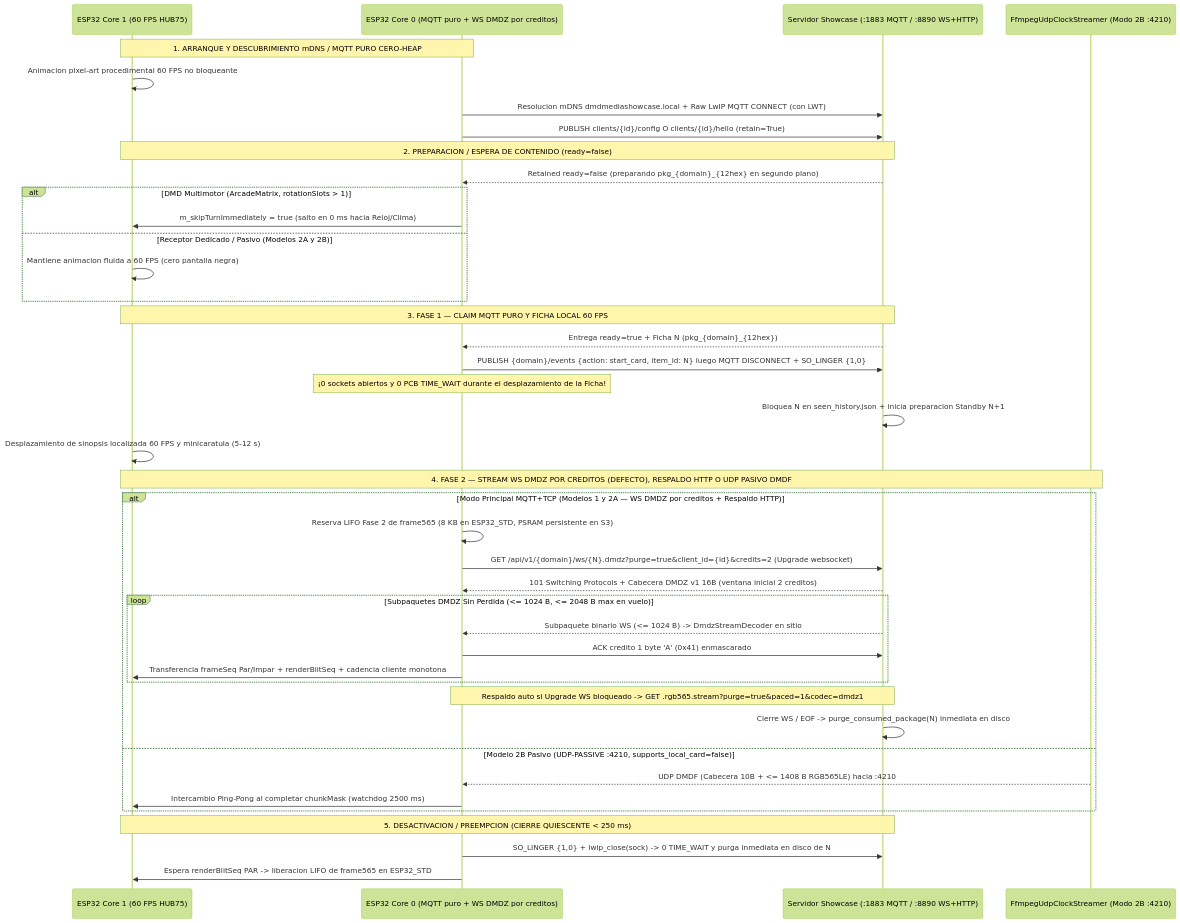
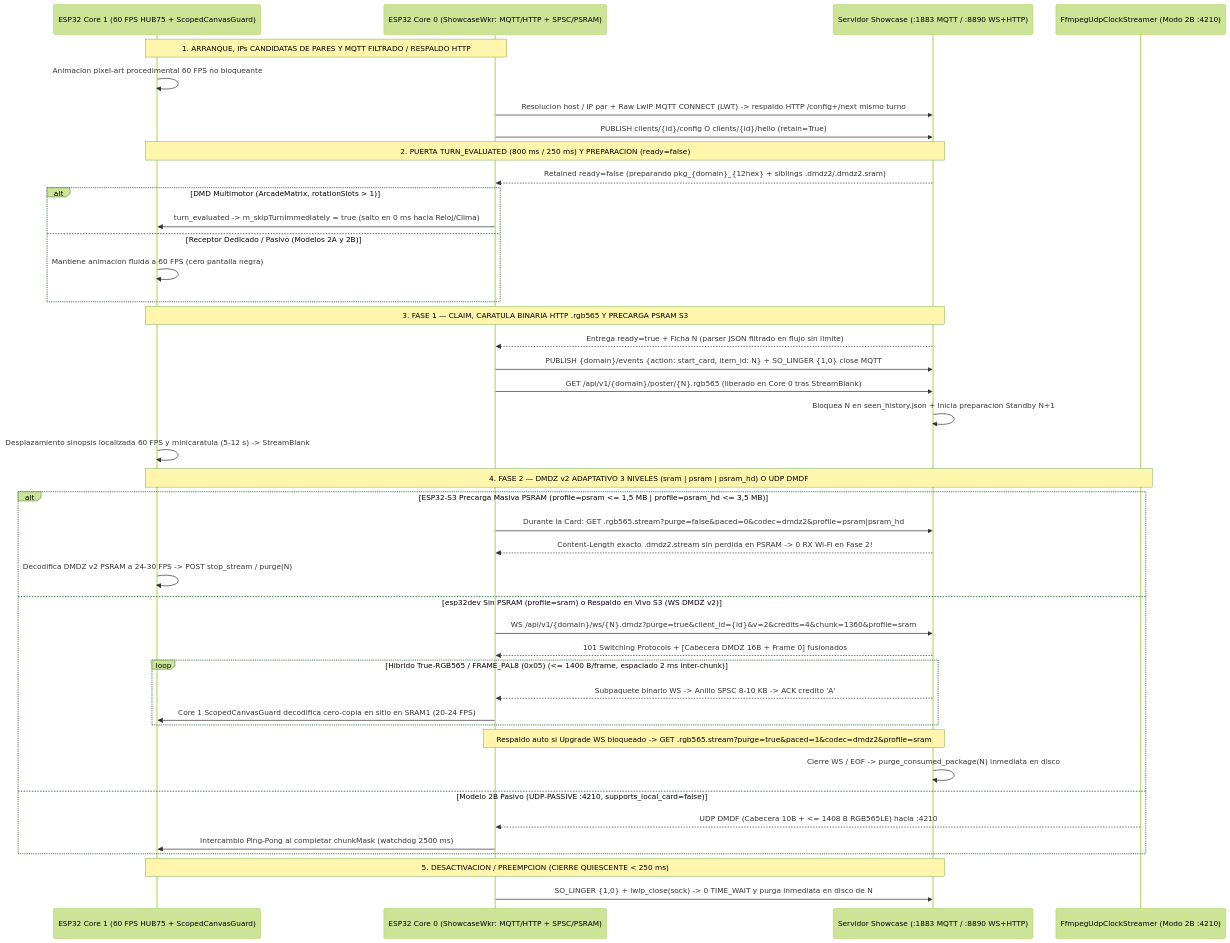
The first of 2 diagrams in docs/ESP32_INTEGRATION_ES.md (red77290/dmd_media_showcase), drawn with Mermaid (forest theme) before and after one commit. The commit also changed other lines of this file and 28 other files, not shown here.

Commit message:
feat(stream): add 3-tier sram/psram/psram_hd profiles, FRAME_PAL8 (0x05) hybrid codec, and WS header coalescing

````diff
--- a/docs/ESP32_INTEGRATION_ES.md
+++ b/docs/ESP32_INTEGRATION_ES.md
@@ -146,48 +155,49 @@
 ```mermaid
 sequenceDiagram
-    participant C1 as ESP32 Core 1 (60 FPS HUB75)
-    participant C0 as ESP32 Core 0 (MQTT puro + WS DMDZ por creditos)
+    participant C1 as ESP32 Core 1 (60 FPS HUB75 + ScopedCanvasGuard)
+    participant C0 as ESP32 Core 0 (ShowcaseWkr: MQTT/HTTP + SPSC/PSRAM)
     participant SRV as Servidor Showcase (:1883 MQTT / :8890 WS+HTTP)
     participant UDP as FfmpegUdpClockStreamer (Modo 2B :4210)
 
-    Note over C1,C0: 1. ARRANQUE Y DESCUBRIMIENTO mDNS / MQTT PURO CERO-HEAP
+    Note over C1,C0: 1. ARRANQUE, IPs CANDIDATAS DE PARES Y MQTT FILTRADO / RESPALDO HTTP
     C1->>C1: Animacion pixel-art procedimental 60 FPS no bloqueante
-    C0->>SRV: Resolucion mDNS dmdmediashowcase.local + Raw LwIP MQTT CONNECT (con LWT)
+    C0->>SRV: Resolucion host / IP par + Raw LwIP MQTT CONNECT (LWT) -> respaldo HTTP /config+/next mismo turno
     C0->>SRV: PUBLISH clients/{id}/config O clients/{id}/hello (retain=True)
 
-    Note over C1,SRV: 2. PREPARACION / ESPERA DE CONTENIDO (ready=false)
-    SRV-->>C0: Retained ready=false (preparando pkg_{domain}_{12hex} en segundo plano)
+    Note over C1,SRV: 2. PUERTA TURN_EVALUATED (800 ms / 250 ms) Y PREPARACION (ready=false)
+    SRV-->>C0: Retained ready=false (preparando pkg_{domain}_{12hex} + siblings .dmdz2/.dmdz2.sram)
     alt DMD Multimotor (ArcadeMatrix, rotationSlots > 1)
-        C0->>C1: m_skipTurnImmediately = true (salto en 0 ms hacia Reloj/Clima)
+        C0->>C1: turn_evaluated -> m_skipTurnImmediately = true (salto en 0 ms hacia Reloj/Clima)
     else Receptor Dedicado / Pasivo (Modelos 2A y 2B)
         C1->>C1: Mantiene animacion fluida a 60 FPS (cero pantalla negra)
     end
 
-    Note over C1,SRV: 3. FASE 1 — CLAIM MQTT PURO Y FICHA LOCAL 60 FPS
-    SRV-->>C0: Entrega ready=true + Ficha N (pkg_{domain}_{12hex})
-    C0->>SRV: PUBLISH {domain}/events {action: start_card, item_id: N} luego MQTT DISCONNECT + SO_LINGER {1,0}
-    Note over C0: ¡0 sockets abiertos y 0 PCB TIME_WAIT durante el desplazamiento de la Ficha!
+    Note over C1,SRV: 3. FASE 1 — CLAIM, CARATULA BINARIA HTTP .rgb565 Y PRECARGA PSRAM S3
+    SRV-->>C0: Entrega ready=true + Ficha N (parser JSON filtrado en flujo sin limite)
+    C0->>SRV: PUBLISH {domain}/events {action: start_card, item_id: N} + SO_LINGER {1,0} close MQTT
+    C0->>SRV: GET /api/v1/{domain}/poster/{N}.rgb565 (liberado en Core 0 tras StreamBlank)
     SRV->>SRV: Bloquea N en seen_history.json + inicia preparacion Standby N+1
-    C1->>C1: Desplazamiento de sinopsis localizada 60 FPS y minicaratula (5-12 s)
+    C1->>C1: Desplazamiento sinopsis localizada 60 FPS y minicaratula (5-12 s) -> StreamBlank
 
-    Note over C1,UDP: 4. FASE 2 — STREAM WS DMDZ POR CREDITOS (DEFECTO), RESPALDO HTTP O UDP PASIVO DMDF
-    alt Modo Principal MQTT+TCP (Modelos 1 y 2A — WS DMDZ por creditos + Respaldo HTTP)
-        C0->>C0: Reserva LIFO Fase 2 de frame565 (8 KB en ESP32_STD, PSRAM persistente en S3)
-        C0->>SRV: GET /api/v1/{domain}/ws/{N}.dmdz?purge=true&client_id={id}&credits=2 (Upgrade websocket)
-        SRV-->>C0: 101 Switching Protocols + Cabecera DMDZ v1 16B (ventana inicial 2 creditos)
-        loop Subpaquetes DMDZ Sin Perdida (<= 1024 B, <= 2048 B max en vuelo)
-            SRV-->>C0: Subpaquete binario WS (<= 1024 B) -> DmdzStreamDecoder en sitio
-            C0->>SRV: ACK credito 1 byte 'A' (0x41) enmascarado
-            C0->>C1: Transferencia frameSeq Par/Impar + renderBlitSeq + cadencia cliente monotona
+    Note over C1,UDP: 4. FASE 2 — DMDZ v2 ADAPTATIVO 3 NIVELES (sram | psram | psram_hd) O UDP DMDF
+    alt ESP32-S3 Precarga Masiva PSRAM (profile=psram <= 1,5 MB | profile=psram_hd <= 3,5 MB)
+        C0->>SRV: Durante la Card: GET .rgb565.stream?purge=false&paced=0&codec=dmdz2&profile=psram|psram_hd
+        SRV-->>C0: Content-Length exacto .dmdz2.stream sin perdida en PSRAM -> 0 RX Wi-Fi en Fase 2!
+        C1->>C1: Decodifica DMDZ v2 PSRAM a 24-30 FPS -> POST stop_stream / purge(N)
+    else esp32dev Sin PSRAM (profile=sram) o Respaldo en Vivo S3 (WS DMDZ v2)
+        C0->>SRV: WS /api/v1/{domain}/ws/{N}.dmdz?purge=true&client_id={id}&v=2&credits=4&chunk=1360&profile=sram
+        SRV-->>C0: 101 Switching Protocols + [Cabecera DMDZ 16B + Frame 0] fusionados
+        loop Hibrido True-RGB565 / FRAME_PAL8 (0x05) (<= 1400 B/frame, espaciado 2 ms inter-chunk)
+            SRV-->>C0: Subpaquete binario WS -> Anillo SPSC 8-10 KB -> ACK credito 'A'
+            C0->>C1: Core 1 ScopedCanvasGuard decodifica cero-copia en sitio en SRAM1 (20-24 FPS)
         end
-        Note over C0,SRV: Respaldo auto si Upgrade WS bloqueado -> GET .rgb565.stream?purge=true&paced=1&codec=dmdz1
+        Note over C0,SRV: Respaldo auto si Upgrade WS bloqueado -> GET .rgb565.stream?purge=true&paced=1&codec=dmdz2&profile=sram
         SRV->>SRV: Cierre WS / EOF -> purge_consumed_package(N) inmediata en disco
     else Modelo 2B Pasivo (UDP-PASSIVE :4210, supports_local_card=false)
         UDP-->>C0: UDP DMDF (Cabecera 10B + <= 1408 B RGB565LE) hacia :4210
         C0->>C1: Intercambio Ping-Pong al completar chunkMask (watchdog 2500 ms)
     end
 
     Note over C1,SRV: 5. DESACTIVACION / PREEMPCION (CIERRE QUIESCENTE < 250 ms)
     C0->>SRV: SO_LINGER {1,0} + lwip_close(sock) -> 0 TIME_WAIT y purga inmediata en disco de N
-    C0->>C1: Espera renderBlitSeq PAR -> liberacion LIFO de frame565 en ESP32_STD
 ```
````
